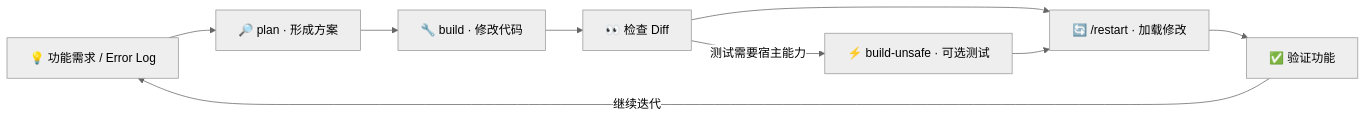
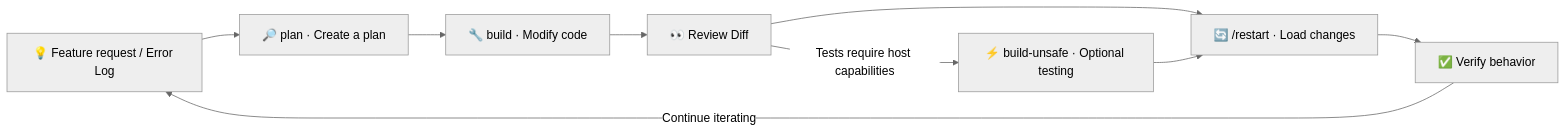
One commit to xtudbxk/XKAgent changed the second of 2 diagrams in README.md. Above: the diagram before and after it, drawn with Mermaid (neutral theme). The commit also changed other lines of this file and 17 other files, not shown here.

````diff
--- a/README.md
+++ b/README.md
@@ -179,11 +179,11 @@
 ```mermaid
 flowchart LR
-    Request["💡 功能需求 / Error Log"] --> Plan["🔎 plan · 形成方案"]
-    Plan --> Build["🔧 build · 修改代码"]
-    Build --> Review["👀 检查 Diff"]
-    Review --> Restart["🔄 /restart · 加载修改"]
-    Review -->|"测试需要宿主能力"| Unsafe["⚡ build-unsafe · 可选测试"]
+    Request["💡 Feature request / Error Log"] --> Plan["🔎 plan · Create a plan"]
+    Plan --> Build["🔧 build · Modify code"]
+    Build --> Review["👀 Review Diff"]
+    Review --> Restart["🔄 /restart · Load changes"]
+    Review -->|"Tests require host capabilities"| Unsafe["⚡ build-unsafe · Optional testing"]
     Unsafe --> Restart
-    Restart --> Verify["✅ 验证功能"]
-    Verify -->|"继续迭代"| Request
+    Restart --> Verify["✅ Verify behavior"]
+    Verify -->|"Continue iterating"| Request
 ```
````
